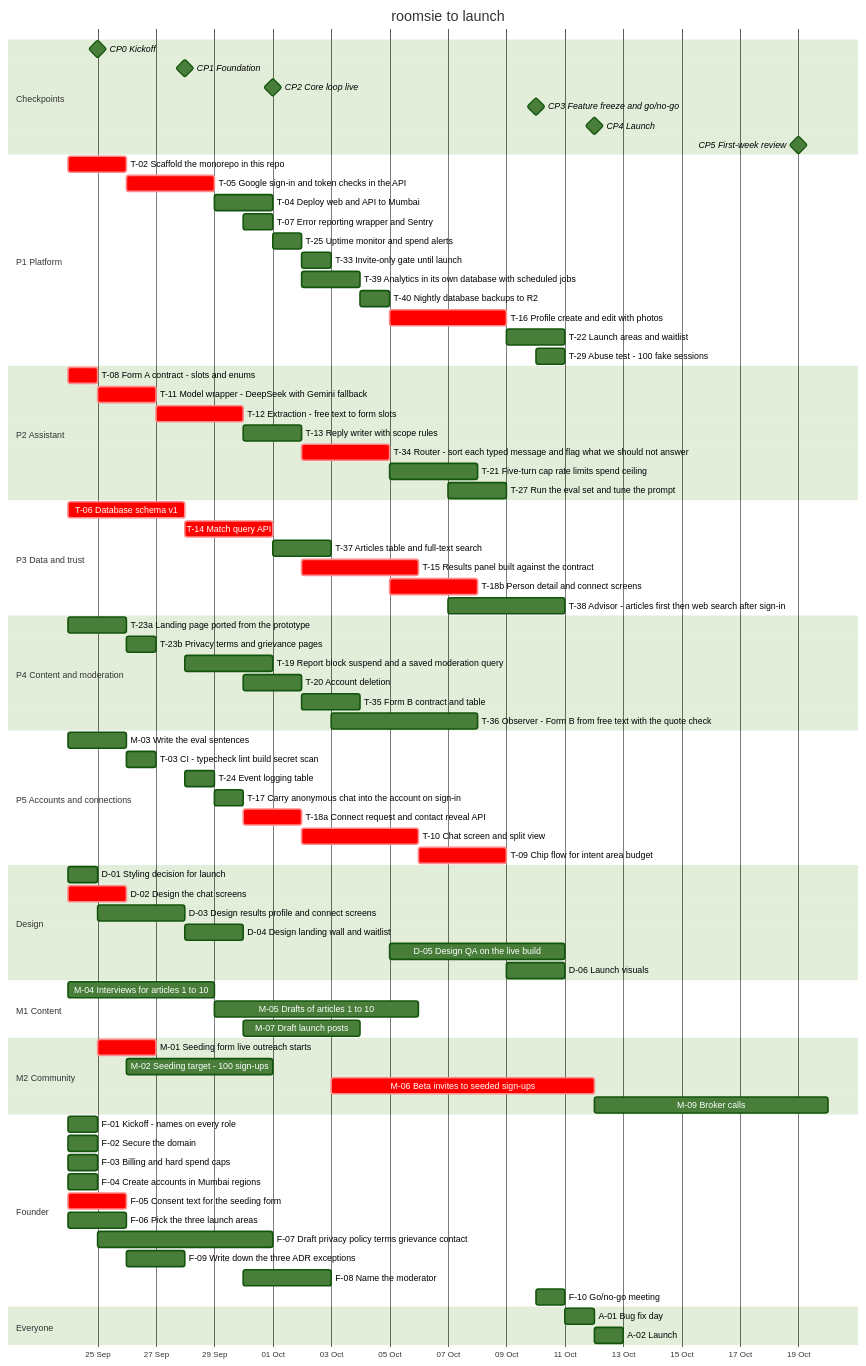
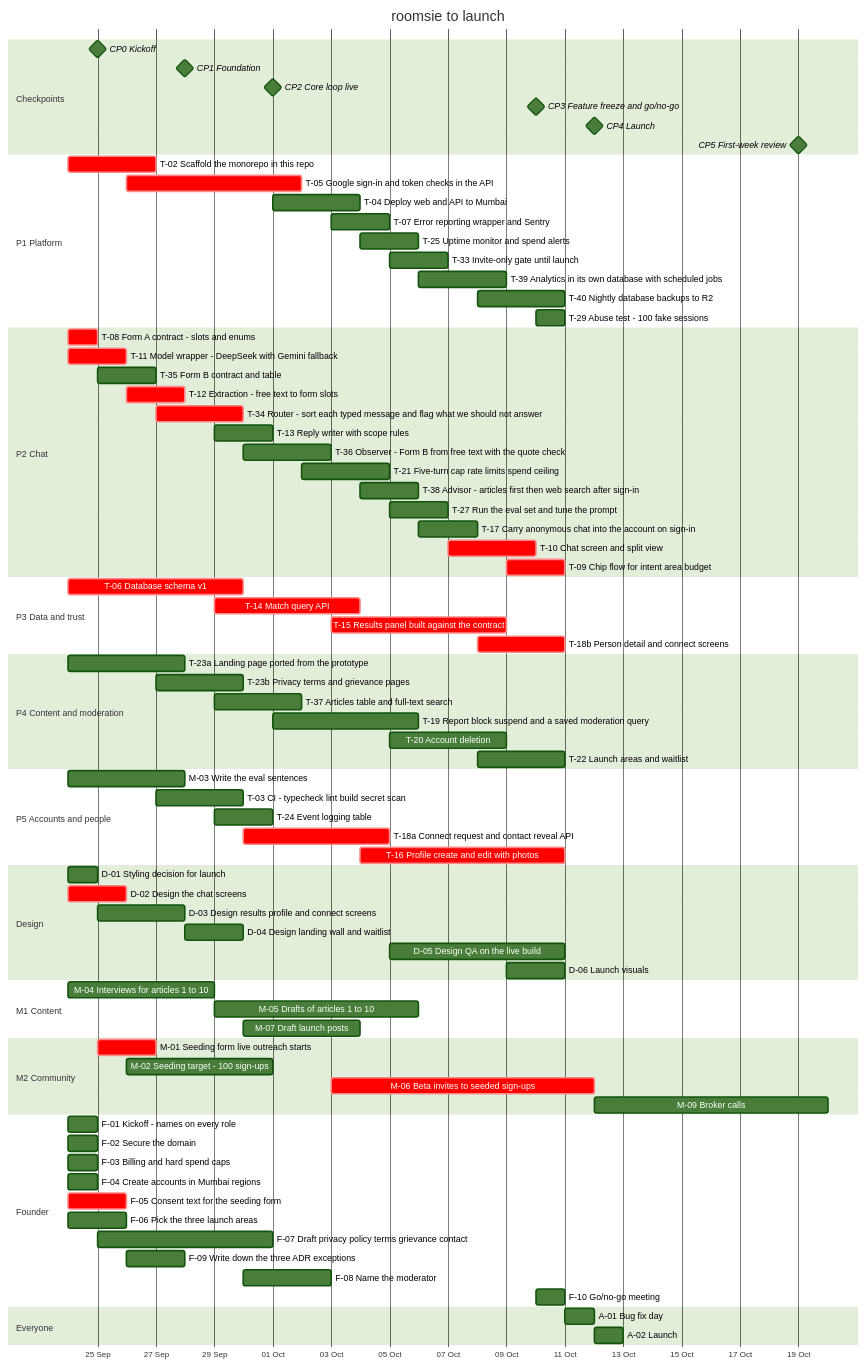
One commit to magentawood/roomsie changed the diagram in docs/team-plan.md. Above: the diagram before and after it, drawn with Mermaid (forest theme). The commit also changed other lines of this file and 53 other files, not shown here.

```diff
--- a/docs/team-plan.md
+++ b/docs/team-plan.md
@@ -284,47 +284,47 @@
     CP4 Launch :milestone, cp4, 2026-10-12, 0d
     CP5 First-week review :milestone, cp5, 2026-10-19, 0d
     section P1 Platform
-    T-02 Scaffold the monorepo in this repo :crit, t02, 2026-09-24, 2d
-    T-05 Google sign-in and token checks in the API :crit, t05, 2026-09-26, 3d
-    T-04 Deploy web and API to Mumbai :t04, 2026-09-29, 2d
-    T-07 Error reporting wrapper and Sentry :t07, 2026-09-30, 1d
-    T-25 Uptime monitor and spend alerts :t25, 2026-10-01, 1d
-    T-33 Invite-only gate until launch :t33, 2026-10-02, 1d
-    T-39 Analytics in its own database with scheduled jobs :t39, 2026-10-02, 2d
-    T-40 Nightly database backups to R2 :t40, 2026-10-04, 1d
-    T-16 Profile create and edit with photos :crit, t16, 2026-10-05, 4d
-    T-22 Launch areas and waitlist :t22, 2026-10-09, 2d
+    T-02 Scaffold the monorepo in this repo :crit, t02, 2026-09-24, 3d
+    T-05 Google sign-in and token checks in the API :crit, t05, 2026-09-26, 6d
+    T-04 Deploy web and API to Mumbai :t04, 2026-10-01, 3d
+    T-07 Error reporting wrapper and Sentry :t07, 2026-10-03, 2d
+    T-25 Uptime monitor and spend alerts :t25, 2026-10-04, 2d
+    T-33 Invite-only gate until launch :t33, 2026-10-05, 2d
+    T-39 Analytics in its own database with scheduled jobs :t39, 2026-10-06, 3d
+    T-40 Nightly database backups to R2 :t40, 2026-10-08, 3d
     T-29 Abuse test - 100 fake sessions :t29, 2026-10-10, 1d
-    section P2 Assistant
+    section P2 Chat
     T-08 Form A contract - slots and enums :crit, t08, 2026-09-24, 1d
-    T-11 Model wrapper - DeepSeek with Gemini fallback :crit, t11, 2026-09-25, 2d
-    T-12 Extraction - free text to form slots :crit, t12, 2026-09-27, 3d
-    T-13 Reply writer with scope rules :t13, 2026-09-30, 2d
-    T-34 Router - sort each typed message and flag what we should not answer :crit, t34, 2026-10-02, 3d
-    T-21 Five-turn cap rate limits spend ceiling :t21, 2026-10-05, 3d
-    T-27 Run the eval set and tune the prompt :t27, 2026-10-07, 2d
+    T-11 Model wrapper - DeepSeek with Gemini fallback :crit, t11, 2026-09-24, 2d
+    T-35 Form B contract and table :t35, 2026-09-25, 2d
+    T-12 Extraction - free text to form slots :crit, t12, 2026-09-26, 2d
+    T-34 Router - sort each typed message and flag what we should not answer :crit, t34, 2026-09-27, 3d
+    T-13 Reply writer with scope rules :t13, 2026-09-29, 2d
+    T-36 Observer - Form B from free text with the quote check :t36, 2026-09-30, 3d
+    T-21 Five-turn cap rate limits spend ceiling :t21, 2026-10-02, 3d
+    T-38 Advisor - articles first then web search after sign-in :t38, 2026-10-04, 2d
+    T-27 Run the eval set and tune the prompt :t27, 2026-10-05, 2d
+    T-17 Carry anonymous chat into the account on sign-in :t17, 2026-10-06, 2d
+    T-10 Chat screen and split view :crit, t10, 2026-10-07, 3d
+    T-09 Chip flow for intent area budget :crit, t09, 2026-10-09, 2d
     section P3 Data and trust
-    T-06 Database schema v1 :crit, t06, 2026-09-24, 4d
-    T-14 Match query API :crit, t14, 2026-09-28, 3d
-    T-37 Articles table and full-text search :t37, 2026-10-01, 2d
-    T-15 Results panel built against the contract :crit, t15, 2026-10-02, 4d
-    T-18b Person detail and connect screens :crit, t18b, 2026-10-05, 3d
-    T-38 Advisor - articles first then web search after sign-in :t38, 2026-10-07, 4d
+    T-06 Database schema v1 :crit, t06, 2026-09-24, 6d
+    T-14 Match query API :crit, t14, 2026-09-29, 5d
+    T-15 Results panel built against the contract :crit, t15, 2026-10-03, 6d
+    T-18b Person detail and connect screens :crit, t18b, 2026-10-08, 3d
     section P4 Content and moderation
-    T-23a Landing page ported from the prototype :t23a, 2026-09-24, 2d
-    T-23b Privacy terms and grievance pages :t23b, 2026-09-26, 1d
-    T-19 Report block suspend and a saved moderation query :t19, 2026-09-28, 3d
-    T-20 Account deletion :t20, 2026-09-30, 2d
-    T-35 Form B contract and table :t35, 2026-10-02, 2d
-    T-36 Observer - Form B from free text with the quote check :t36, 2026-10-03, 5d
-    section P5 Accounts and connections
-    M-03 Write the eval sentences :m03, 2026-09-24, 2d
-    T-03 CI - typecheck lint build secret scan :t03, 2026-09-26, 1d
-    T-24 Event logging table :t24, 2026-09-28, 1d
-    T-17 Carry anonymous chat into the account on sign-in :t17, 2026-09-29, 1d
-    T-18a Connect request and contact reveal API :crit, t18a, 2026-09-30, 2d
-    T-10 Chat screen and split view :crit, t10, 2026-10-02, 4d
-    T-09 Chip flow for intent area budget :crit, t09, 2026-10-06, 3d
+    T-23a Landing page ported from the prototype :t23a, 2026-09-24, 4d
+    T-23b Privacy terms and grievance pages :t23b, 2026-09-27, 3d
+    T-37 Articles table and full-text search :t37, 2026-09-29, 3d
+    T-19 Report block suspend and a saved moderation query :t19, 2026-10-01, 5d
+    T-20 Account deletion :t20, 2026-10-05, 4d
+    T-22 Launch areas and waitlist :t22, 2026-10-08, 3d
+    section P5 Accounts and people
+    M-03 Write the eval sentences :m03, 2026-09-24, 4d
+    T-03 CI - typecheck lint build secret scan :t03, 2026-09-27, 3d
+    T-24 Event logging table :t24, 2026-09-29, 2d
+    T-18a Connect request and contact reveal API :crit, t18a, 2026-09-30, 5d
+    T-16 Profile create and edit with photos :crit, t16, 2026-10-04, 7d
     section Design
     D-01 Styling decision for launch :d01, 2026-09-24, 1d
     D-02 Design the chat screens :crit, d02, 2026-09-24, 2d
```
